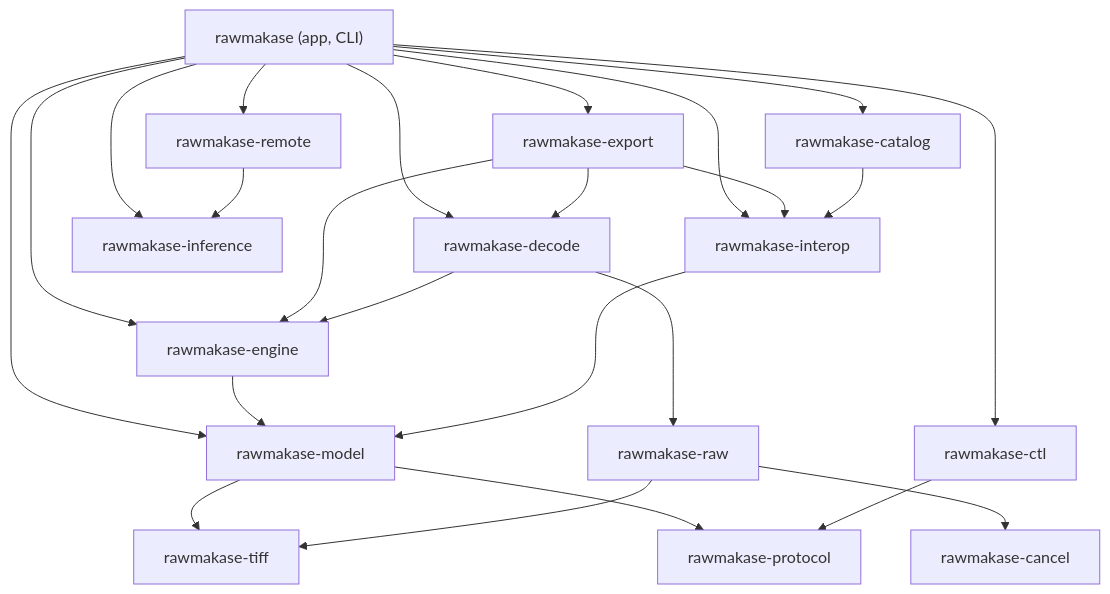
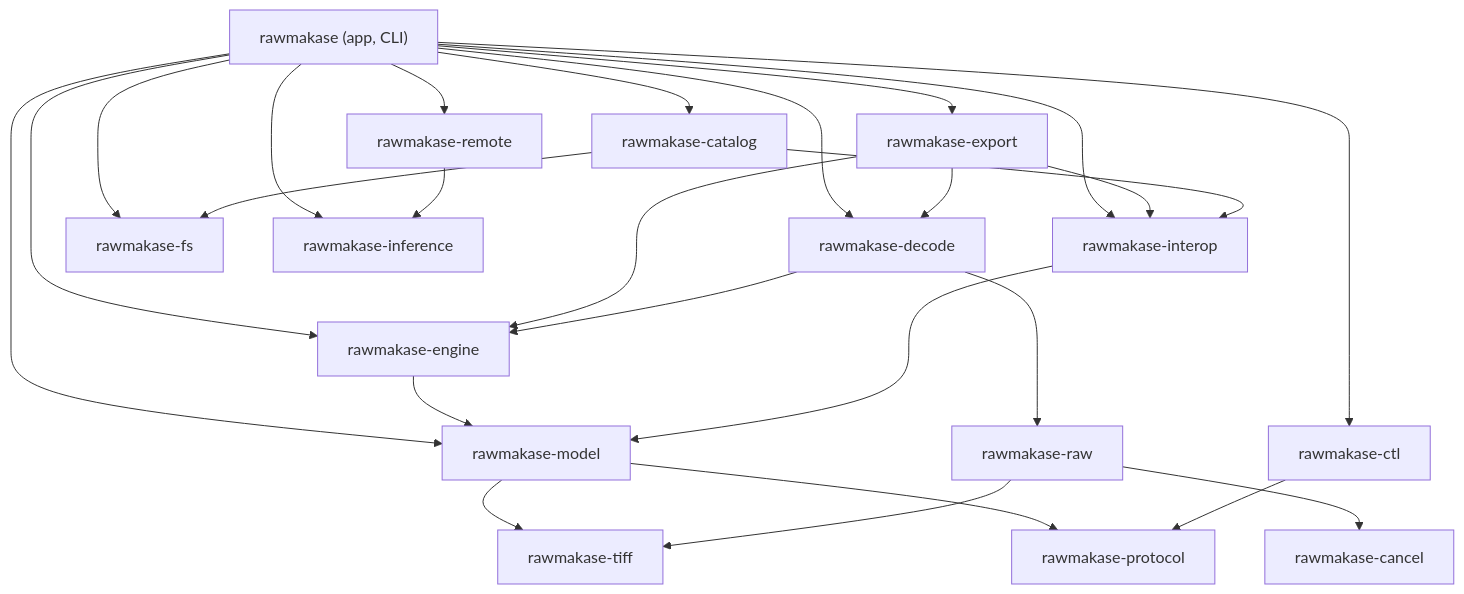
One commit to pch/rawmakase changed the diagram in docs/architecture.md. Above: the diagram before and after it, drawn with Mermaid. The commit also changed other lines of this file and 54 other files, not shown here.

````diff
--- a/docs/architecture.md
+++ b/docs/architecture.md
@@ -15,29 +15,30 @@
 ```mermaid
 flowchart TD
     app["rawmakase (app, CLI)"]
     export[rawmakase-export]
     decode[rawmakase-decode]
     catalog[rawmakase-catalog]
     engine[rawmakase-engine]
     interop[rawmakase-interop]
     model[rawmakase-model]
     raw[rawmakase-raw]
     tiff[rawmakase-tiff]
     cancel[rawmakase-cancel]
+    fs[rawmakase-fs]
     protocol[rawmakase-protocol]
     ctl[rawmakase-ctl]
     remote[rawmakase-remote]
     inference[rawmakase-inference]
 
     app --> export & decode & catalog & engine & interop & model
-    app --> ctl & remote & inference
+    app --> ctl & remote & inference & fs
     export --> decode & engine & interop
     decode --> engine & raw
-    catalog --> interop
+    catalog --> interop & fs
     engine --> model
     interop --> model
     model --> tiff & protocol
     raw --> tiff & cancel
     ctl --> protocol
     remote --> inference
 ```
````
